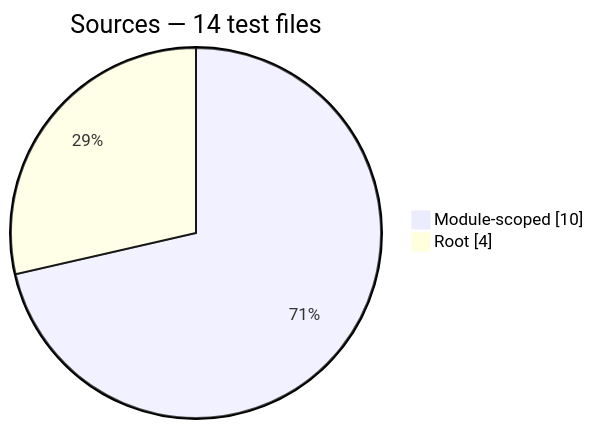
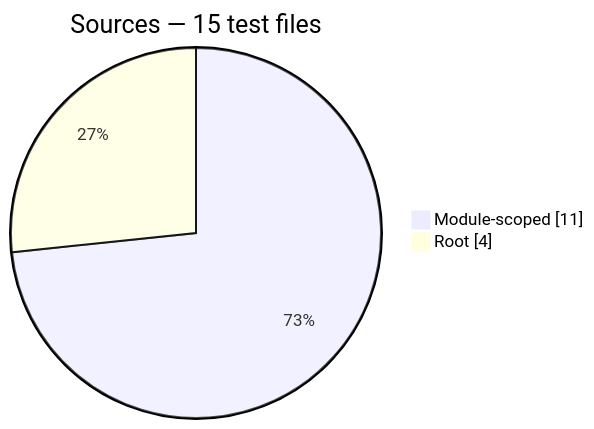
Before and after one commit to Mohammed-Alama/php-arazzo: the fifth of 9 diagrams in docs/generated/test-composition.md, drawn with Mermaid. The commit also changed other lines of this file and 16 other files, not shown here.

````diff
--- a/docs/generated/test-composition.md
+++ b/docs/generated/test-composition.md
@@ -70,6 +70,6 @@
 ```mermaid
 pie showData
-    title Sources — 14 test files
-    "Module-scoped": 10
+    title Sources — 15 test files
+    "Module-scoped": 11
     "Root": 4
 ```
````
